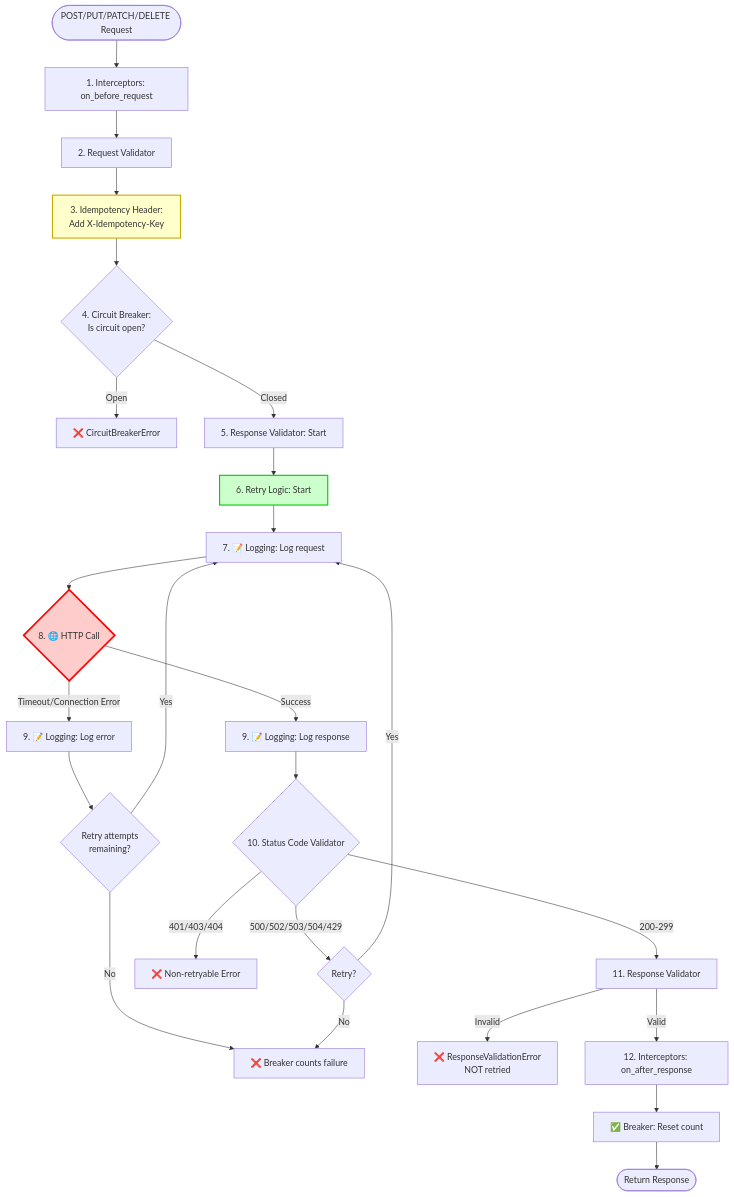
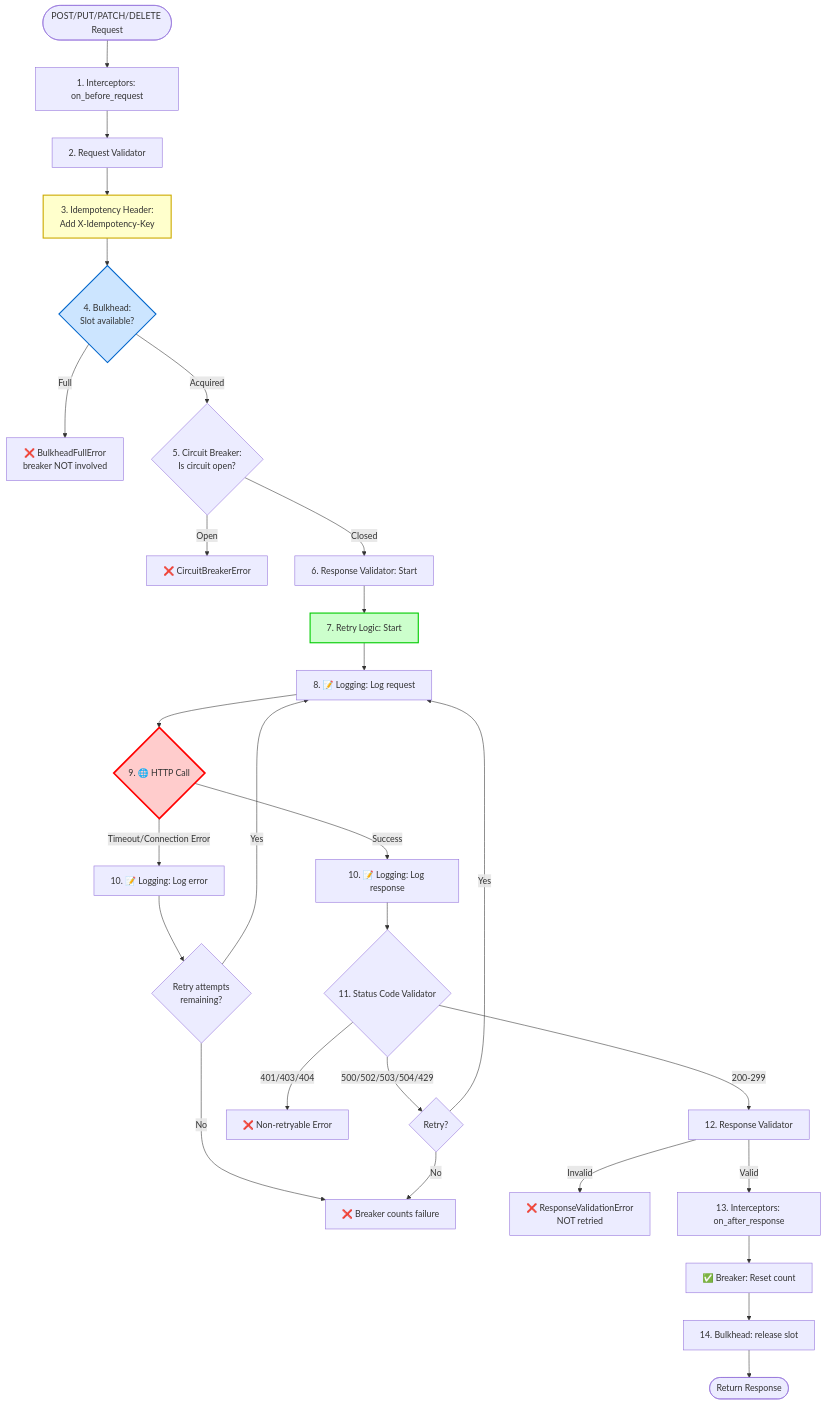
The second of 2 diagrams in README.md (Milad94/reqlient), drawn with Mermaid before and after one commit. The commit also changed other lines of this file, not shown here.

Commit message:
docs: add bulkhead stage to pipeline diagrams
The Read and Write pipeline mermaid diagrams predated the bulkhead. Insert
the Bulkhead decision node (outside the circuit breaker — read: after Request
Validator; write: after Idempotency), renumber downstream steps, add the
release step, and note that retry/breaker/bulkhead are configurable and the
bulkhead is off by default.

````diff
--- a/README.md
+++ b/README.md
@@ -402,31 +412,35 @@
 ```mermaid
 flowchart TD
     Start([POST/PUT/PATCH/DELETE Request]) --> Intercept1[1. Interceptors: on_before_request]
     Intercept1 --> ReqVal[2. Request Validator]
     ReqVal --> Idem[3. Idempotency Header:<br/>Add X-Idempotency-Key]
-    Idem --> Breaker{4. Circuit Breaker:<br/>Is circuit open?}
+    Idem --> Bulkhead{4. Bulkhead:<br/>Slot available?}
+    Bulkhead -->|Full| ErrorBH[❌ BulkheadFullError<br/>breaker NOT involved]
+    Bulkhead -->|Acquired| Breaker{5. Circuit Breaker:<br/>Is circuit open?}
     Breaker -->|Open| Error1[❌ CircuitBreakerError]
-    Breaker -->|Closed| RespVal[5. Response Validator: Start]
-    RespVal --> Retry[6. Retry Logic: Start]
-    Retry --> Log1[7. 📝 Logging: Log request]
-    Log1 --> HTTP{8. 🌐 HTTP Call}
-    HTTP -->|Timeout/Connection Error| Log2err[9. 📝 Logging: Log error]
-    HTTP -->|Success| Log2[9. 📝 Logging: Log response]
+    Breaker -->|Closed| RespVal[6. Response Validator: Start]
+    RespVal --> Retry[7. Retry Logic: Start]
+    Retry --> Log1[8. 📝 Logging: Log request]
+    Log1 --> HTTP{9. 🌐 HTTP Call}
+    HTTP -->|Timeout/Connection Error| Log2err[10. 📝 Logging: Log error]
+    HTTP -->|Success| Log2[10. 📝 Logging: Log response]
     Log2err --> RetryCheck{Retry attempts<br/>remaining?}
     RetryCheck -->|Yes| Log1
     RetryCheck -->|No| BreakerFail[❌ Breaker counts failure]
-    Log2 --> Status{10. Status Code Validator}
+    Log2 --> Status{11. Status Code Validator}
     Status -->|500/502/503/504/429| RetryCheck2{Retry?}
     RetryCheck2 -->|Yes| Log1
     RetryCheck2 -->|No| BreakerFail
     Status -->|401/403/404| NonRetryErr[❌ Non-retryable Error]
-    Status -->|200-299| ValidResp[11. Response Validator]
+    Status -->|200-299| ValidResp[12. Response Validator]
     ValidResp -->|Invalid| RespErr[❌ ResponseValidationError<br/>NOT retried]
-    ValidResp -->|Valid| Intercept2[12. Interceptors: on_after_response]
+    ValidResp -->|Valid| Intercept2[13. Interceptors: on_after_response]
     Intercept2 --> BreakerSuccess[✅ Breaker: Reset count]
-    BreakerSuccess --> Return([Return Response])
-    
+    BreakerSuccess --> ReleaseBH[14. Bulkhead: release slot]
+    ReleaseBH --> Return([Return Response])
+
     style HTTP fill:#ffcccc,stroke:#ff0000,stroke-width:3px
     style Idem fill:#ffffcc,stroke:#ccaa00,stroke-width:2px
     style Retry fill:#ccffcc,stroke:#00cc00,stroke-width:2px
+    style Bulkhead fill:#cce5ff,stroke:#0066cc,stroke-width:2px
 ```
````
